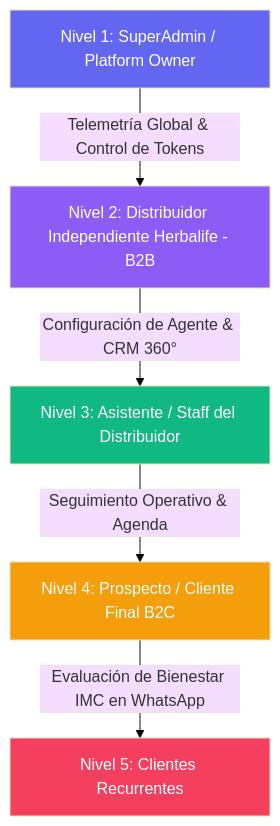
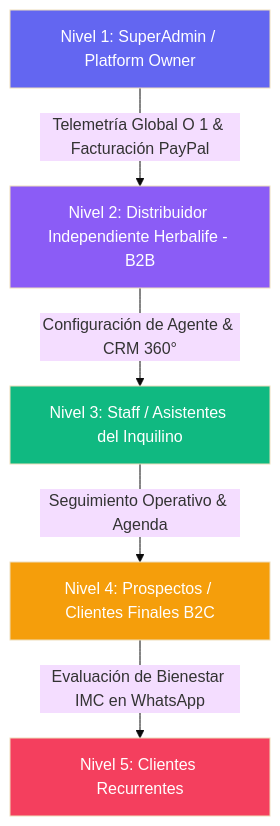
The first of 2 diagrams in INFORME_ESTRUCTURAS_DATOS_ENPIAI.md (jonnathanypg/enpiai), drawn with Mermaid (base theme) before and after one commit. The commit also changed other lines of this file, not shown here.

````diff
--- a/INFORME_ESTRUCTURAS_DATOS_ENPIAI.md
+++ b/INFORME_ESTRUCTURAS_DATOS_ENPIAI.md
@@ -28,13 +25,13 @@
 ```mermaid
 graph TD
-    N1[Nivel 1: SuperAdmin / Platform Owner] -->|Telemetría Global & Control de Tokens| N2[Nivel 2: Distribuidor Independiente Herbalife - B2B]
-    N2 -->|Configuración de Agente & CRM 360°| N3[Nivel 3: Asistente / Staff del Distribuidor]
-    N3 -->|Seguimiento Operativo & Agenda| N4[Nivel 4: Prospecto / Cliente Final B2C]
+    N1[Nivel 1: SuperAdmin / Platform Owner] -->|Telemetría Global O 1 & Facturación PayPal| N2[Nivel 2: Distribuidor Independiente Herbalife - B2B]
+    N2 -->|Configuración de Agente & CRM 360°| N3[Nivel 3: Staff / Asistentes del Inquilino]
+    N3 -->|Seguimiento Operativo & Agenda| N4[Nivel 4: Prospectos / Clientes Finales B2C]
     N4 -->|Evaluación de Bienestar IMC en WhatsApp| N5[Nivel 5: Clientes Recurrentes]
 
     style N1 fill:#6366f1,color:#fff
     style N2 fill:#8b5cf6,color:#fff
     style N3 fill:#10b981,color:#fff
     style N4 fill:#f59e0b,color:#fff
     style N5 fill:#f43f5e,color:#fff
 ```
````
